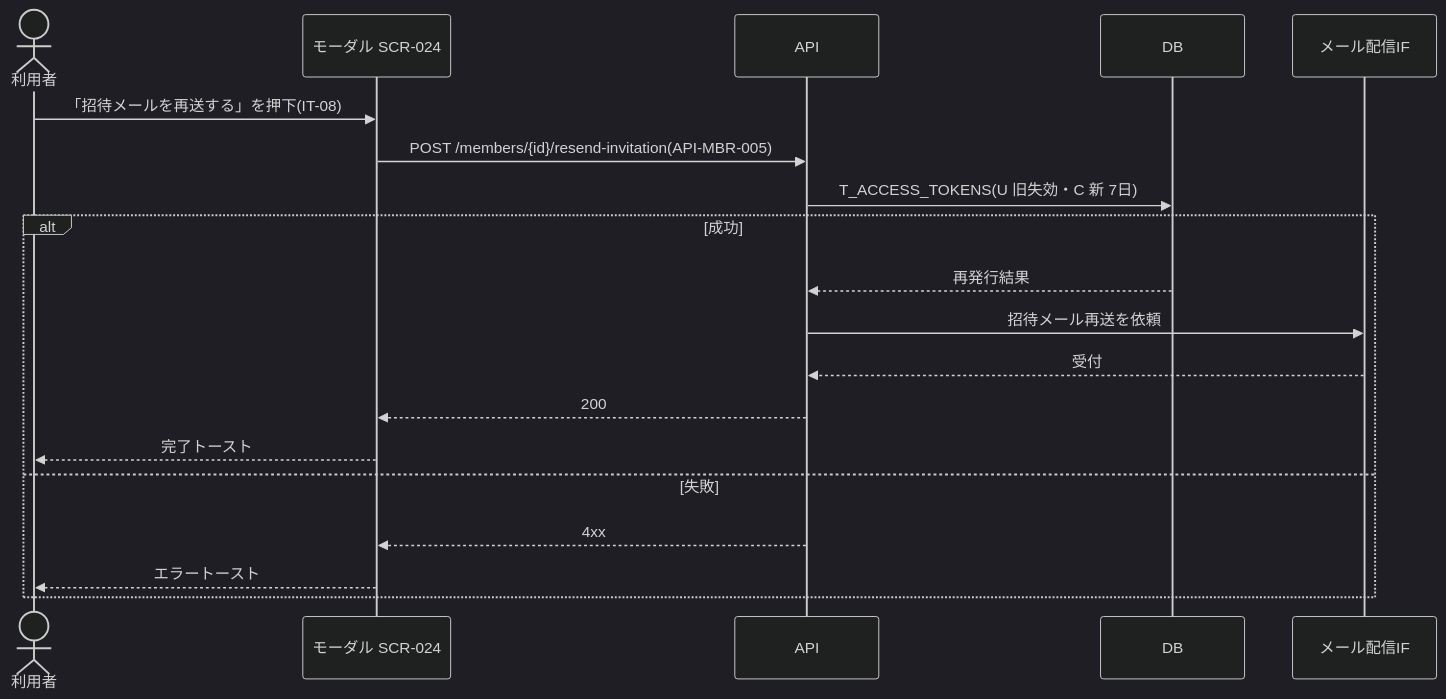
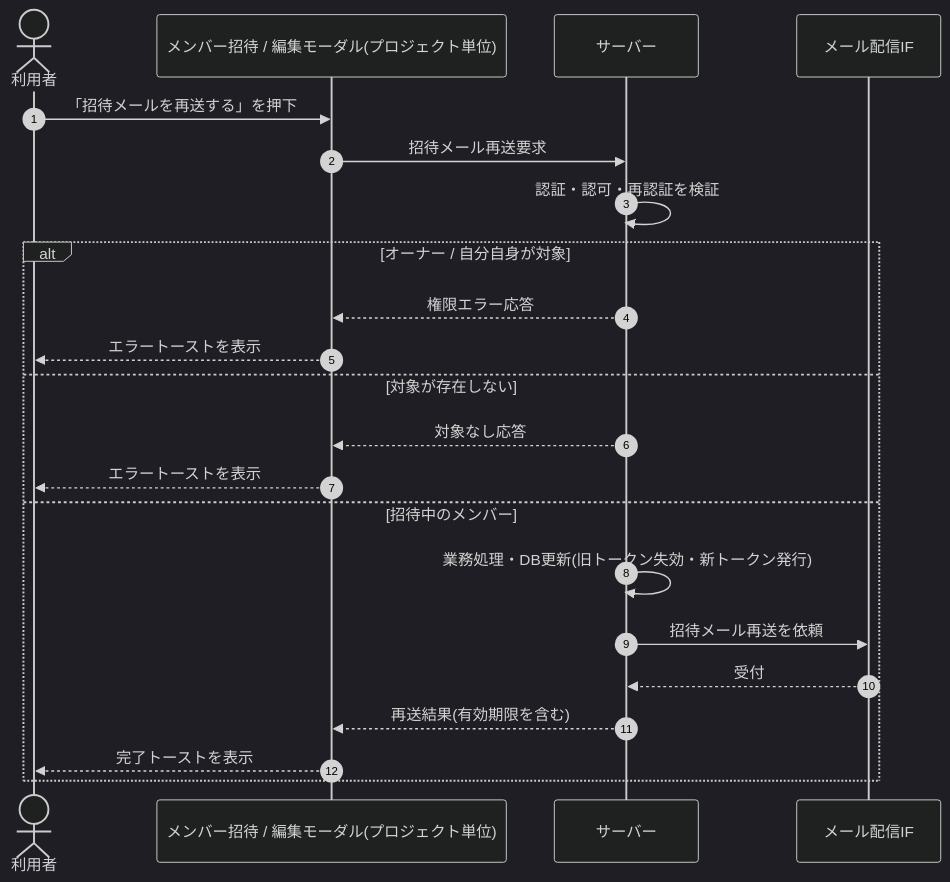
One commit to sikakou54/open-faq changed the diagram in 02_basic_design/05_sequences/SEQ-049.md. Above: the diagram before and after it, drawn with Mermaid (dark theme). The commit also changed other lines of this file and 108 other files, not shown here.

First line of the commit message:
基本設計: シーケンス図を基本設計粒度(ユーザー/画面/サーバー)へ再編成

````diff
--- a/02_basic_design/05_sequences/SEQ-049.md
+++ b/02_basic_design/05_sequences/SEQ-049.md
@@ -25,21 +32,24 @@
 ```mermaid
 sequenceDiagram
+  autonumber
   actor U as 利用者
-  participant S as モーダル SCR-024
-  participant API as API
-  participant DB as DB
-  participant M as メール配信IF
-  U->>S: 「招待メールを再送する」を押下(IT-08)
-  S->>API: POST /members/{id}/resend-invitation(API-MBR-005)
-  API->>DB: T_ACCESS_TOKENS(U 旧失効・C 新 7日)
-  alt 成功
-    DB-->>API: 再発行結果
-    API->>M: 招待メール再送を依頼
-    M-->>API: 受付
-    API-->>S: 200
-    S-->>U: 完了トースト
-  else 失敗
-    API-->>S: 4xx
-    S-->>U: エラートースト
+  participant Screen as メンバー招待 / 編集モーダル(プロジェクト単位)
+  participant Server as サーバー
+  participant MAIL as メール配信IF
+  U->>Screen: 「招待メールを再送する」を押下
+  Screen->>Server: 招待メール再送要求
+  Server->>Server: 認証・認可・再認証を検証
+  alt オーナー / 自分自身が対象
+    Server-->>Screen: 権限エラー応答
+    Screen-->>U: エラートーストを表示
+  else 対象が存在しない
+    Server-->>Screen: 対象なし応答
+    Screen-->>U: エラートーストを表示
+  else 招待中のメンバー
+    Server->>Server: 業務処理・DB更新(旧トークン失効・新トークン発行)
+    Server->>MAIL: 招待メール再送を依頼
+    MAIL-->>Server: 受付
+    Server-->>Screen: 再送結果(有効期限を含む)
+    Screen-->>U: 完了トーストを表示
   end
 ```
````
